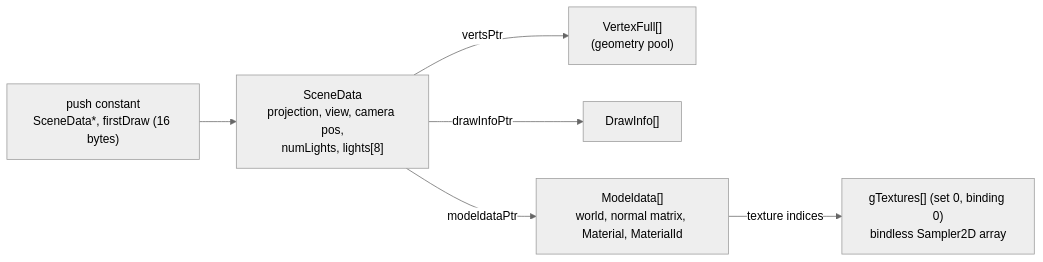
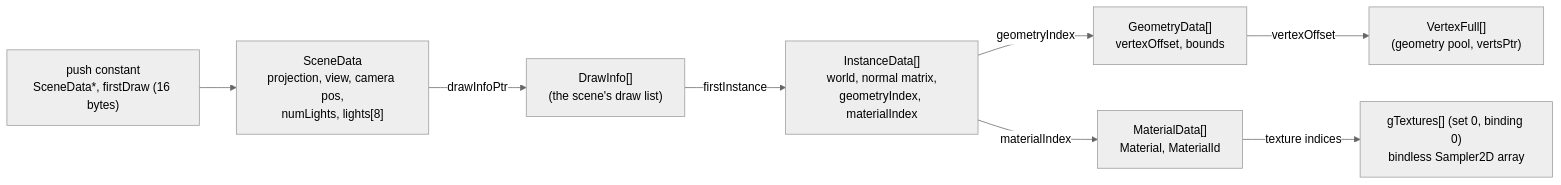
Before and after one commit to adel-elmala/rasm: the third of 3 diagrams in docs/architecture.md, drawn with Mermaid (neutral theme). The commit also changed other lines of this file and 32 other files, not shown here.

````diff
--- a/docs/architecture.md
+++ b/docs/architecture.md
@@ -149,8 +157,10 @@
 ```mermaid
 flowchart LR
     PC["push constant<br/>SceneData*, firstDraw (16 bytes)"] --> SD["SceneData<br/>projection, view, camera pos,<br/>numLights, lights[8]"]
-    SD -- vertsPtr --> V["VertexFull[]<br/>(geometry pool)"]
-    SD -- drawInfoPtr --> DI["DrawInfo[]"]
-    SD -- modeldataPtr --> MD["Modeldata[]<br/>world, normal matrix, Material, MaterialId"]
+    SD -- drawInfoPtr --> DI["DrawInfo[]<br/>(the scene's draw list)"]
+    DI -- firstInstance --> ID["InstanceData[]<br/>world, normal matrix,<br/>geometryIndex, materialIndex"]
+    ID -- geometryIndex --> GD["GeometryData[]<br/>vertexOffset, bounds"]
+    GD -- vertexOffset --> V["VertexFull[]<br/>(geometry pool, vertsPtr)"]
+    ID -- materialIndex --> MD["MaterialData[]<br/>Material, MaterialId"]
     MD -- texture indices --> T["gTextures[] (set 0, binding 0)<br/>bindless Sampler2D array"]
 ```
````
